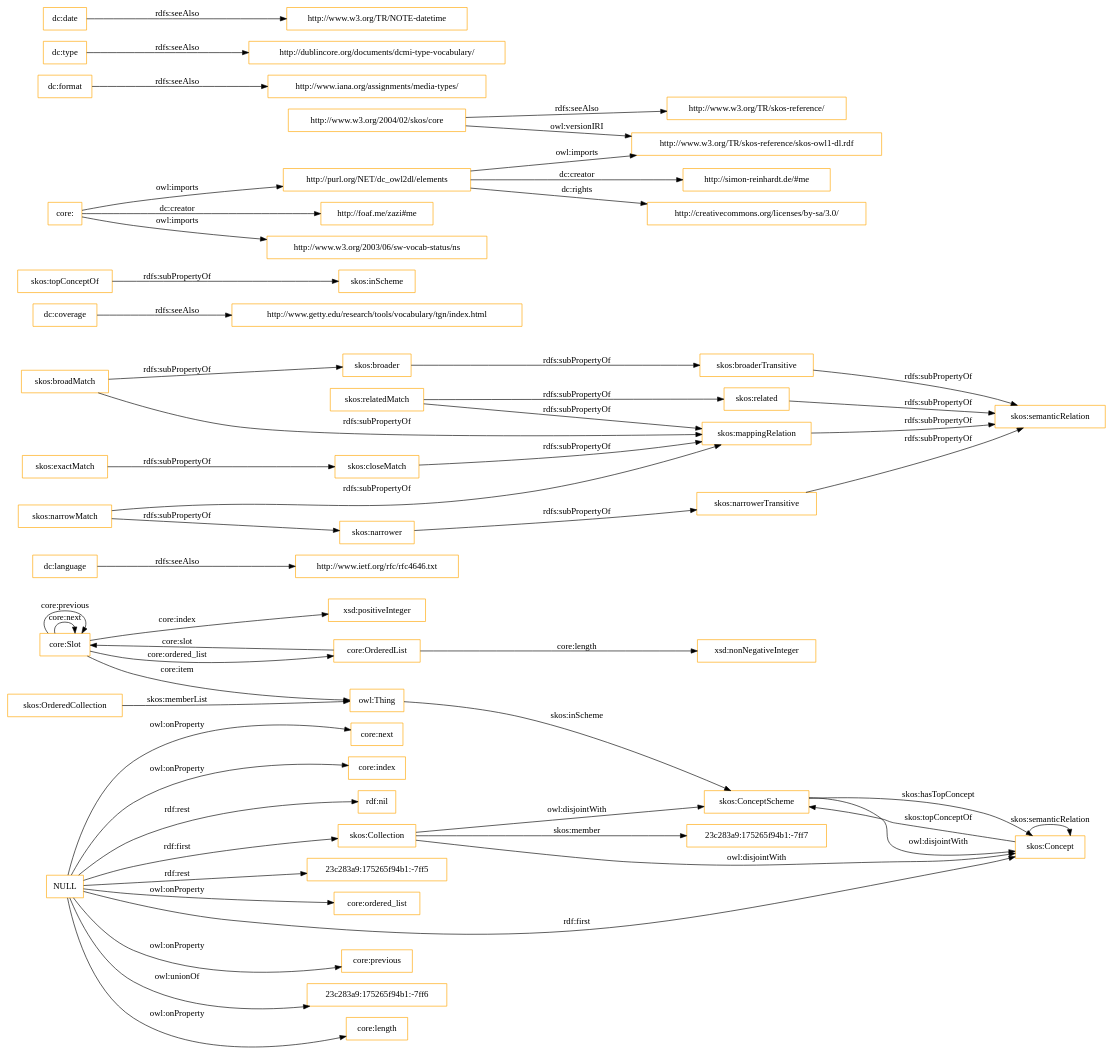
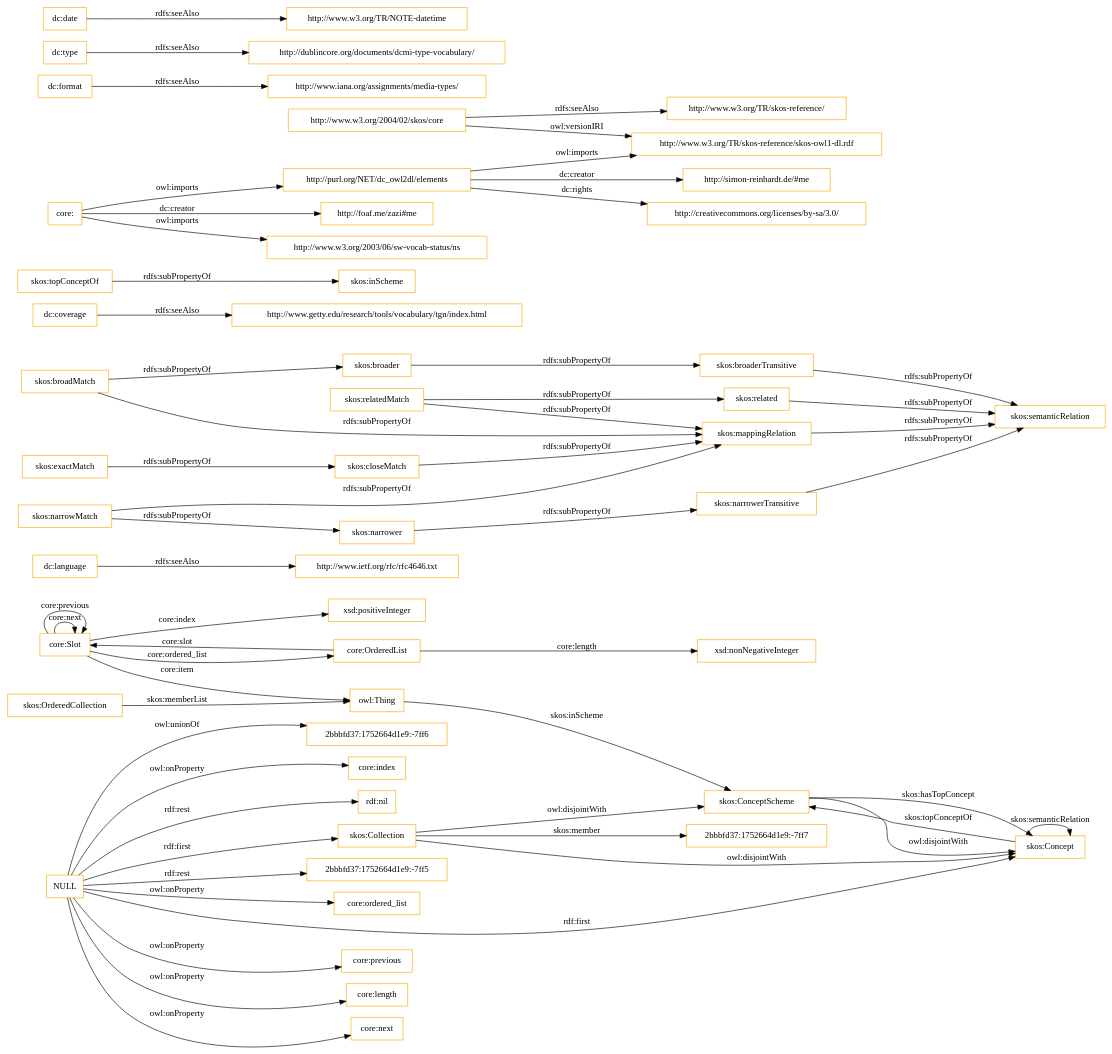
One commit to OnToologyUser/core-ontology-1 changed the diagram in OnToology/imports/core.owl/diagrams/ar2dtool-class/core.owl.png.dot. Above: the diagram before and after it, drawn with Graphviz. The commit also changed 14 other files, not shown here.

```diff
--- a/OnToology/imports/core.owl/diagrams/ar2dtool-class/core.owl.png.dot
+++ b/OnToology/imports/core.owl/diagrams/ar2dtool-class/core.owl.png.dot
@@ -1,60 +1,60 @@
 digraph ar2dtool_diagram { 
 rankdir=LR;
 size="1501"
-node [shape = rectangle, color="orange"]; "core:Slot" "core:OrderedList" "23c283a9:175265f94b1:-7ff7" "skos:OrderedCollection" "skos:Collection" "skos:ConceptScheme" "skos:Concept" ; /*classes style*/
+node [shape = rectangle, color="orange"]; "core:Slot" "core:OrderedList" "2bbbfd37:1752664d1e9:-7ff7" "skos:OrderedCollection" "skos:Collection" "skos:ConceptScheme" "skos:Concept" ; /*classes style*/
 	"dc:language" -> "http://www.ietf.org/rfc/rfc4646.txt" [ label = "rdfs:seeAlso" ];
 	"NULL" -> "core:previous" [ label = "owl:onProperty" ];
-	"NULL" -> "23c283a9:175265f94b1:-7ff6" [ label = "owl:unionOf" ];
 	"NULL" -> "core:length" [ label = "owl:onProperty" ];
 	"NULL" -> "skos:Concept" [ label = "rdf:first" ];
 	"NULL" -> "core:next" [ label = "owl:onProperty" ];
+	"NULL" -> "2bbbfd37:1752664d1e9:-7ff6" [ label = "owl:unionOf" ];
 	"NULL" -> "core:index" [ label = "owl:onProperty" ];
 	"NULL" -> "rdf:nil" [ label = "rdf:rest" ];
-	"NULL" -> "23c283a9:175265f94b1:-7ff5" [ label = "rdf:rest" ];
+	"NULL" -> "2bbbfd37:1752664d1e9:-7ff5" [ label = "rdf:rest" ];
 	"NULL" -> "core:ordered_list" [ label = "owl:onProperty" ];
 	"NULL" -> "skos:Collection" [ label = "rdf:first" ];
 	"skos:closeMatch" -> "skos:mappingRelation" [ label = "rdfs:subPropertyOf" ];
 	"dc:coverage" -> "http://www.getty.edu/research/tools/vocabulary/tgn/index.html" [ label = "rdfs:seeAlso" ];
 	"skos:relatedMatch" -> "skos:related" [ label = "rdfs:subPropertyOf" ];
 	"skos:relatedMatch" -> "skos:mappingRelation" [ label = "rdfs:subPropertyOf" ];
 	"skos:ConceptScheme" -> "skos:Concept" [ label = "owl:disjointWith" ];
 	"skos:related" -> "skos:semanticRelation" [ label = "rdfs:subPropertyOf" ];
 	"skos:topConceptOf" -> "skos:inScheme" [ label = "rdfs:subPropertyOf" ];
 	"skos:broadMatch" -> "skos:broader" [ label = "rdfs:subPropertyOf" ];
 	"skos:broadMatch" -> "skos:mappingRelation" [ label = "rdfs:subPropertyOf" ];
 	"http://purl.org/NET/dc_owl2dl/elements" -> "http://www.w3.org/TR/skos-reference/skos-owl1-dl.rdf" [ label = "owl:imports" ];
 	"http://purl.org/NET/dc_owl2dl/elements" -> "http://creativecommons.org/licenses/by-sa/3.0/" [ label = "dc:rights" ];
 	"http://purl.org/NET/dc_owl2dl/elements" -> "http://simon-reinhardt.de/#me" [ label = "dc:creator" ];
 	"skos:exactMatch" -> "skos:closeMatch" [ label = "rdfs:subPropertyOf" ];
 	"dc:format" -> "http://www.iana.org/assignments/media-types/" [ label = "rdfs:seeAlso" ];
 	"core:" -> "http://foaf.me/zazi#me" [ label = "dc:creator" ];
 	"core:" -> "http://www.w3.org/2003/06/sw-vocab-status/ns" [ label = "owl:imports" ];
 	"core:" -> "http://purl.org/NET/dc_owl2dl/elements" [ label = "owl:imports" ];
 	"skos:broaderTransitive" -> "skos:semanticRelation" [ label = "rdfs:subPropertyOf" ];
 	"skos:mappingRelation" -> "skos:semanticRelation" [ label = "rdfs:subPropertyOf" ];
 	"skos:broader" -> "skos:broaderTransitive" [ label = "rdfs:subPropertyOf" ];
 	"dc:type" -> "http://dublincore.org/documents/dcmi-type-vocabulary/" [ label = "rdfs:seeAlso" ];
 	"http://www.w3.org/2004/02/skos/core" -> "http://www.w3.org/TR/skos-reference/skos-owl1-dl.rdf" [ label = "owl:versionIRI" ];
 	"http://www.w3.org/2004/02/skos/core" -> "http://www.w3.org/TR/skos-reference/" [ label = "rdfs:seeAlso" ];
 	"skos:Collection" -> "skos:ConceptScheme" [ label = "owl:disjointWith" ];
 	"skos:Collection" -> "skos:Concept" [ label = "owl:disjointWith" ];
 	"skos:narrowMatch" -> "skos:narrower" [ label = "rdfs:subPropertyOf" ];
 	"skos:narrowMatch" -> "skos:mappingRelation" [ label = "rdfs:subPropertyOf" ];
 	"skos:narrower" -> "skos:narrowerTransitive" [ label = "rdfs:subPropertyOf" ];
 	"dc:date" -> "http://www.w3.org/TR/NOTE-datetime" [ label = "rdfs:seeAlso" ];
 	"skos:narrowerTransitive" -> "skos:semanticRelation" [ label = "rdfs:subPropertyOf" ];
 	"core:Slot" -> "xsd:positiveInteger" [ label = "core:index" ];
 	"skos:Concept" -> "skos:ConceptScheme" [ label = "skos:topConceptOf" ];
 	"core:Slot" -> "owl:Thing" [ label = "core:item" ];
 	"core:OrderedList" -> "xsd:nonNegativeInteger" [ label = "core:length" ];
 	"core:OrderedList" -> "core:Slot" [ label = "core:slot" ];
-	"skos:Collection" -> "23c283a9:175265f94b1:-7ff7" [ label = "skos:member" ];
+	"skos:Collection" -> "2bbbfd37:1752664d1e9:-7ff7" [ label = "skos:member" ];
 	"core:Slot" -> "core:Slot" [ label = "core:next" ];
 	"skos:ConceptScheme" -> "skos:Concept" [ label = "skos:hasTopConcept" ];
 	"owl:Thing" -> "skos:ConceptScheme" [ label = "skos:inScheme" ];
 	"core:Slot" -> "core:Slot" [ label = "core:previous" ];
 	"skos:OrderedCollection" -> "owl:Thing" [ label = "skos:memberList" ];
 	"skos:Concept" -> "skos:Concept" [ label = "skos:semanticRelation" ];
 	"core:Slot" -> "core:OrderedList" [ label = "core:ordered_list" ];
 
 }
```
